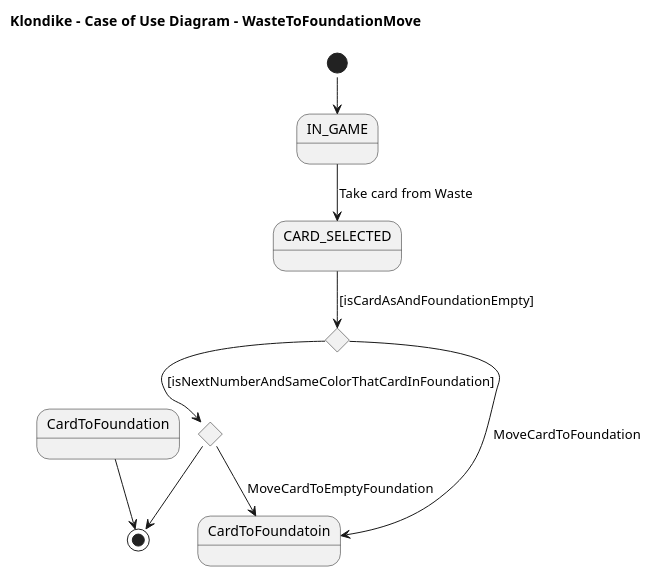
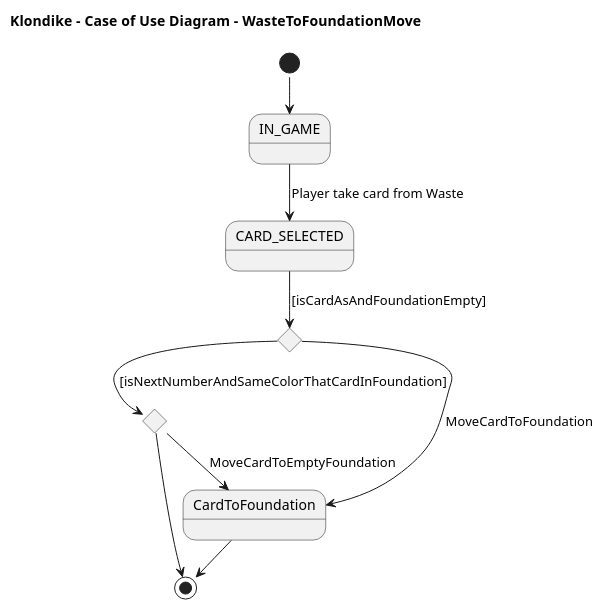
One commit to AngelOS95P/Maestria_IngSoftware_grupo6 changed the diagram in 2 Modelo de vistas de caso de uso/Diagrama de caso de uso - WasteToFoundationMove.plantuml. Above: the diagram before and after it, drawn with PlantUML. The commit also changed 10 other files, not shown here.

```diff
--- a/2 Modelo de vistas de caso de uso/Diagrama de caso de uso - WasteToFoundationMove.plantuml
+++ b/2 Modelo de vistas de caso de uso/Diagrama de caso de uso - WasteToFoundationMove.plantuml
@@ -1,25 +1,25 @@
 @startuml UseCaseWasteToFoundationMove
 !pragma layout smetana
 title Klondike  - Case of Use Diagram - WasteToFoundationMove
 
 
 state IN_GAME
 state CARD_SELECTED
 state if <<choice>>
 state if2 <<choice>>
 
-state CardToFoundatoin
+state CardToFoundation
 
 
 [*] --> IN_GAME
-IN_GAME --> CARD_SELECTED: Take card from Waste
+IN_GAME --> CARD_SELECTED: Player take card from Waste
 CARD_SELECTED --> if: [isCardAsAndFoundationEmpty]
 if --> if2:[isNextNumberAndSameColorThatCardInFoundation]
-if --> CardToFoundatoin: MoveCardToFoundation
-if2 --> CardToFoundatoin: MoveCardToEmptyFoundation
+if --> CardToFoundation: MoveCardToFoundation
+if2 --> CardToFoundation: MoveCardToEmptyFoundation
 if2 --> [*]
 
 
 CardToFoundation--> [*]
 
 @enduml
```
